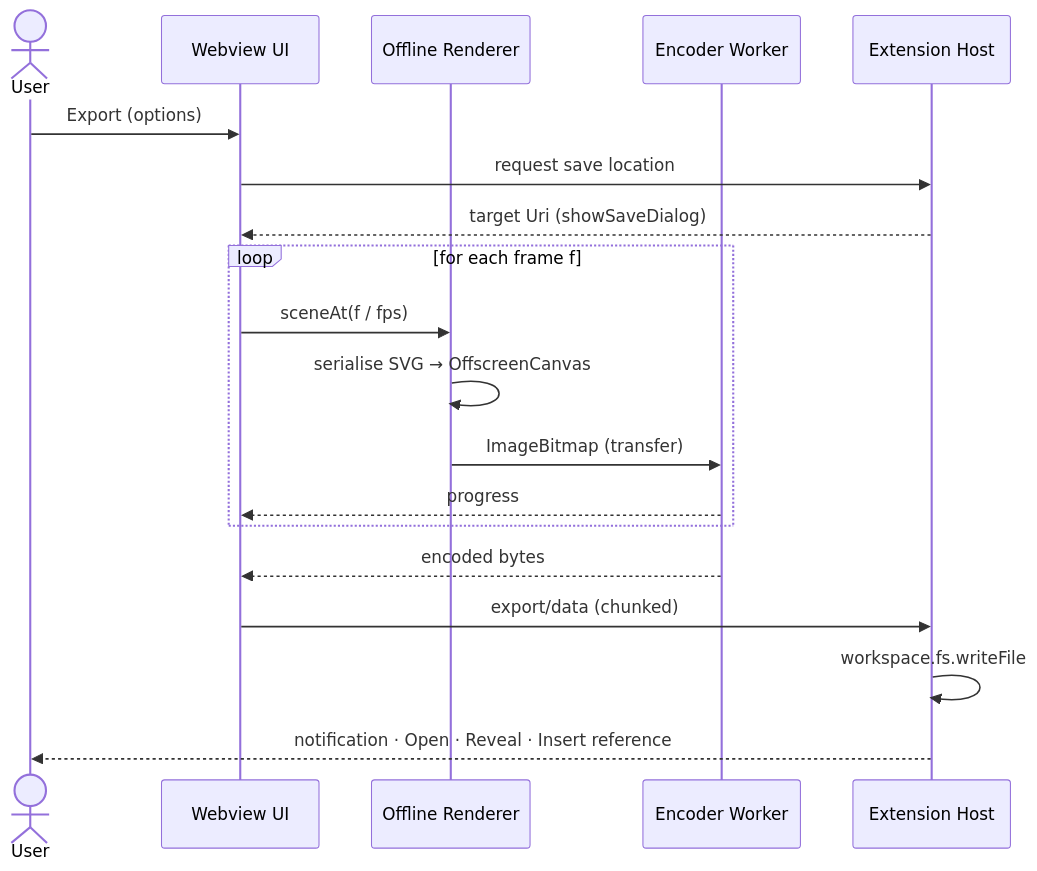
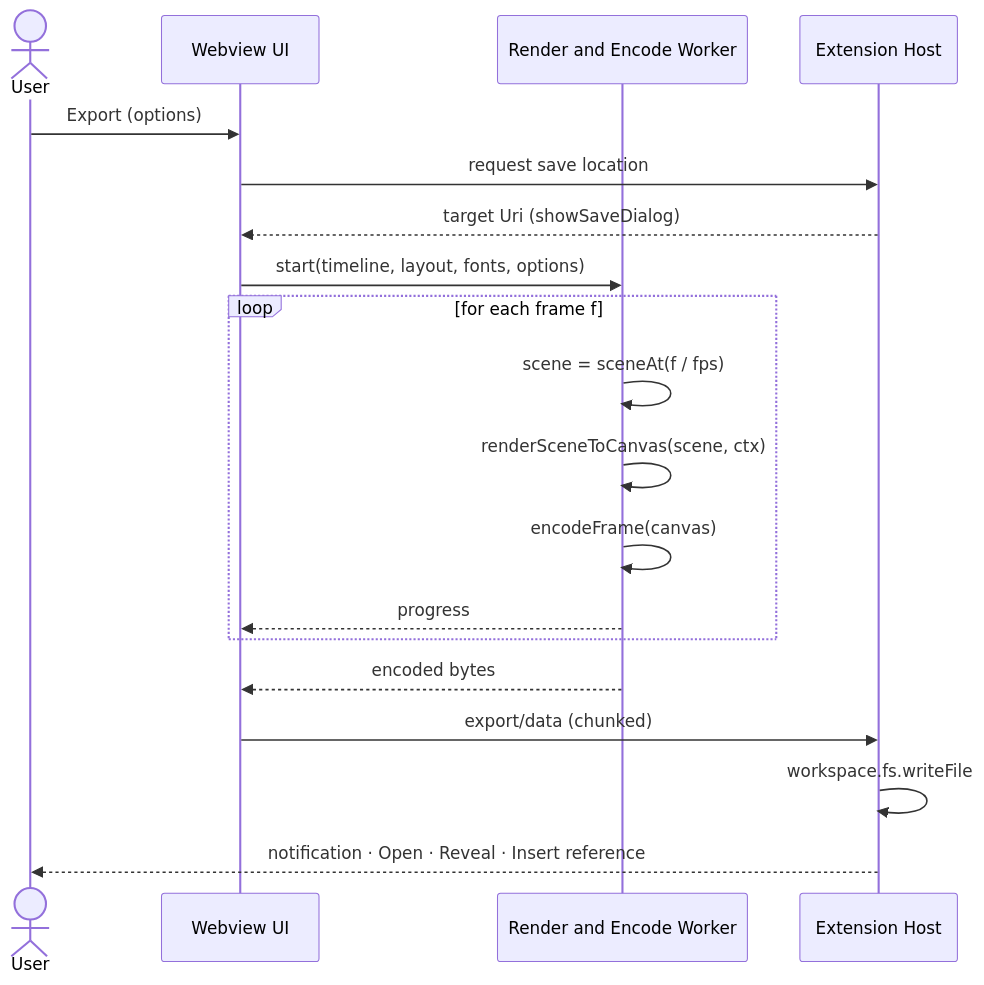
The sixth of 7 diagrams in vscode-extension-specification.md (en-binario/mermaid-animator), drawn with Mermaid before and after one commit. The commit also changed other lines of this file and 18 other files, not shown here.

````diff
--- a/vscode-extension-specification.md
+++ b/vscode-extension-specification.md
@@ -1662,21 +1706,21 @@
 ```mermaid
 sequenceDiagram
     actor U as User
     participant WV as Webview UI
-    participant R as Offline Renderer
-    participant EW as Encoder Worker
+    participant EW as Render and Encode Worker
     participant H as Extension Host
     U->>WV: Export (options)
     WV->>H: request save location
     H-->>WV: target Uri (showSaveDialog)
+    WV->>EW: start(timeline, layout, fonts, options)
     loop for each frame f
-        WV->>R: sceneAt(f / fps)
-        R->>R: serialise SVG → OffscreenCanvas
-        R->>EW: ImageBitmap (transfer)
+        EW->>EW: scene = sceneAt(f / fps)
+        EW->>EW: renderSceneToCanvas(scene, ctx)
+        EW->>EW: encodeFrame(canvas)
         EW-->>WV: progress
     end
     EW-->>WV: encoded bytes
     WV->>H: export/data (chunked)
     H->>H: workspace.fs.writeFile
     H-->>U: notification · Open · Reveal · Insert reference
 ```
````
